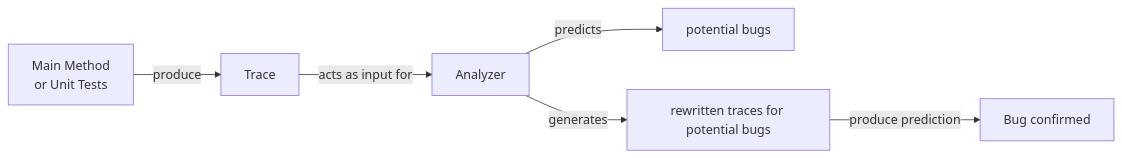
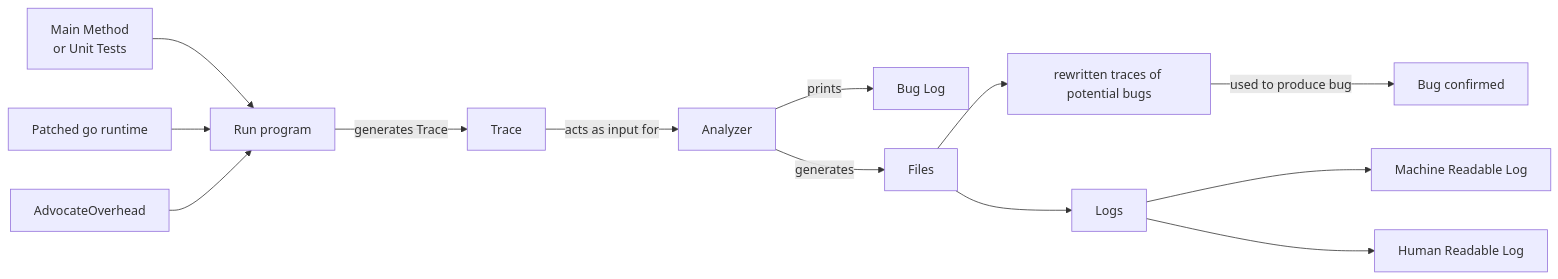
Before and after one commit to Huhngoku/ADVOCATE: the diagram in flow.md, drawn with Mermaid. The commit also changed 2 other files, not shown here.

Commit message:
a bit more detail to chrt

````diff
--- a/flow.md
+++ b/flow.md
@@ -1,9 +1,17 @@
 ```mermaid
 flowchart LR
-Input[Main Method \n or Unit Tests] -->|produce| Trace
+MainUnit[Main Method \n or Unit Tests] --> Run[Run program]
+PatchedGRT[Patched go runtime] --> Run
+AdvocateOverhead --> Run
+Run -->|generates Trace| Trace
 Trace -->|acts as input for| Analyzer
-Analyzer -->|predicts| PotentialBugs[potential bugs]
-Analyzer -->|generates| RewrittenTraces[rewritten traces for potential bugs]
-RewrittenTraces -->|produce prediction| ConfirmedBug[Bug confirmed] 
+Analyzer -->|prints| PotentialBugs[Bug Log]
+Analyzer -->|generates| Files 
+Files --> RewrittenTraces
+Files --> Logs
+Logs --> MachineRead[Machine Readable Log]
+Logs --> HumanRead[Human Readable Log]
+RewrittenTraces[rewritten traces of potential bugs]
+RewrittenTraces -->|used to produce bug| ConfirmedBug[Bug confirmed] 
 
 ```
````
